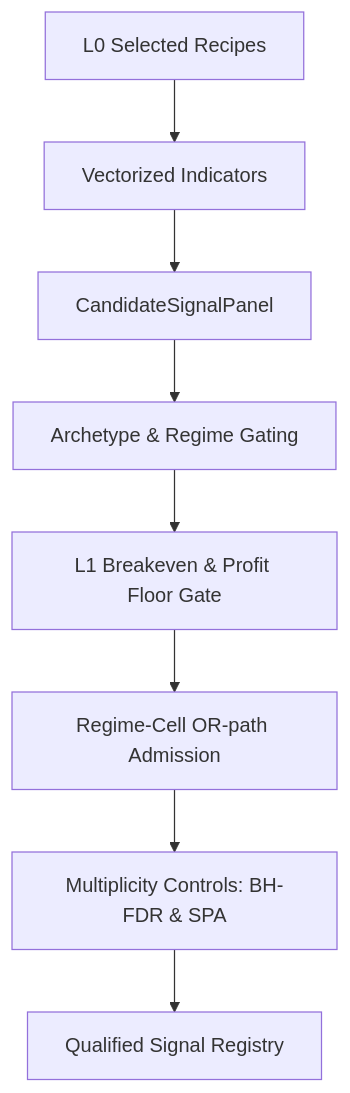
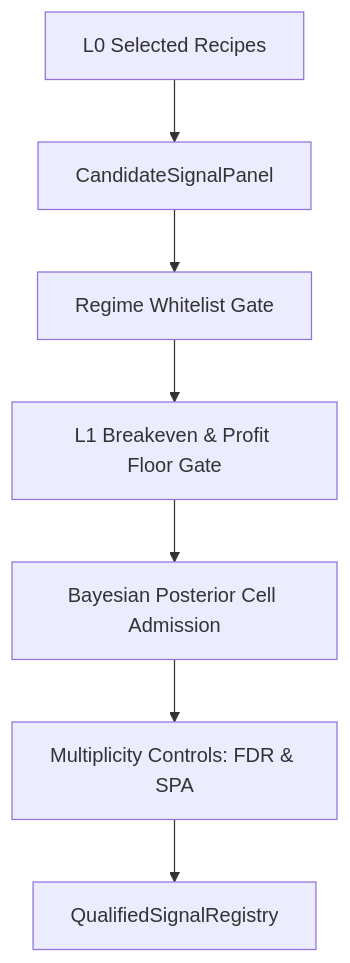
One commit to KTHYEONG/crypto-pilot changed the diagram in docs/architecture/layer1.md. Above: the diagram before and after it, drawn with Mermaid. The commit also changed other lines of this file and 11 other files, not shown here.

````diff
--- a/docs/architecture/layer1.md
+++ b/docs/architecture/layer1.md
@@ -108,10 +77,9 @@
 ```mermaid
 graph TD
-    A[L0 Selected Recipes] --> B[Vectorized Indicators]
-    B --> C[CandidateSignalPanel]
-    C --> D[Archetype & Regime Gating]
-    D --> E[L1 Breakeven & Profit Floor Gate]
-    E --> F[Regime-Cell OR-path Admission]
-    F --> G[Multiplicity Controls: BH-FDR & SPA]
-    G --> H[Qualified Signal Registry]
+    A[L0 Selected Recipes] --> B[CandidateSignalPanel]
+    B --> C[Regime Whitelist Gate]
+    C --> D[L1 Breakeven & Profit Floor Gate]
+    D --> E[Bayesian Posterior Cell Admission]
+    E --> F[Multiplicity Controls: FDR & SPA]
+    F --> G[QualifiedSignalRegistry]
 ```
````
